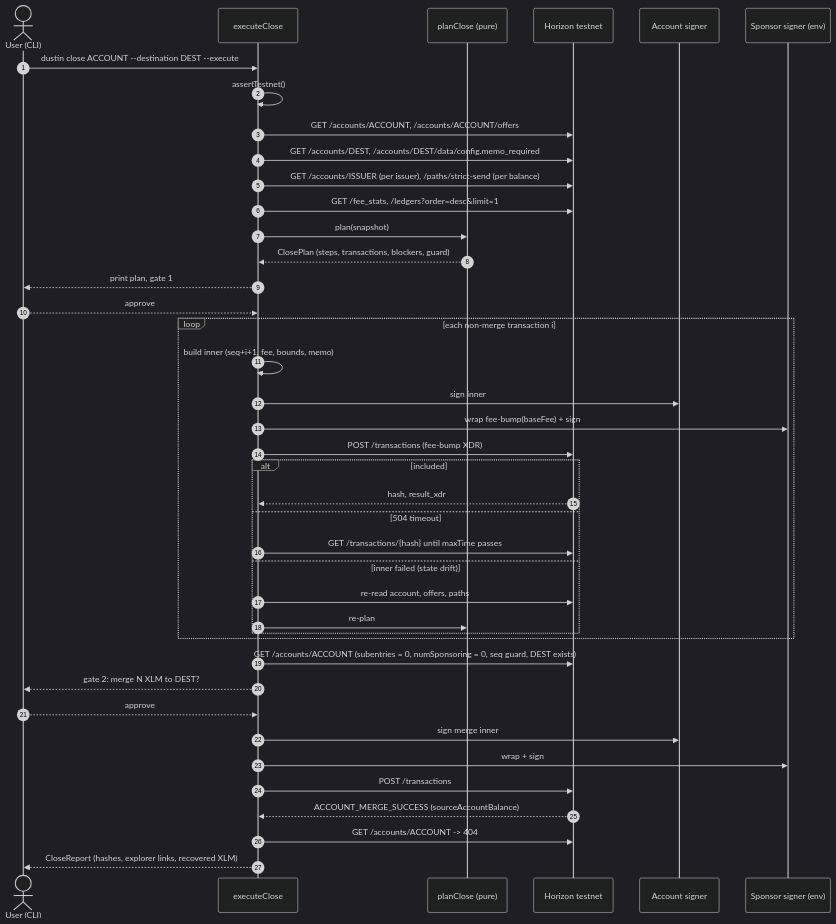
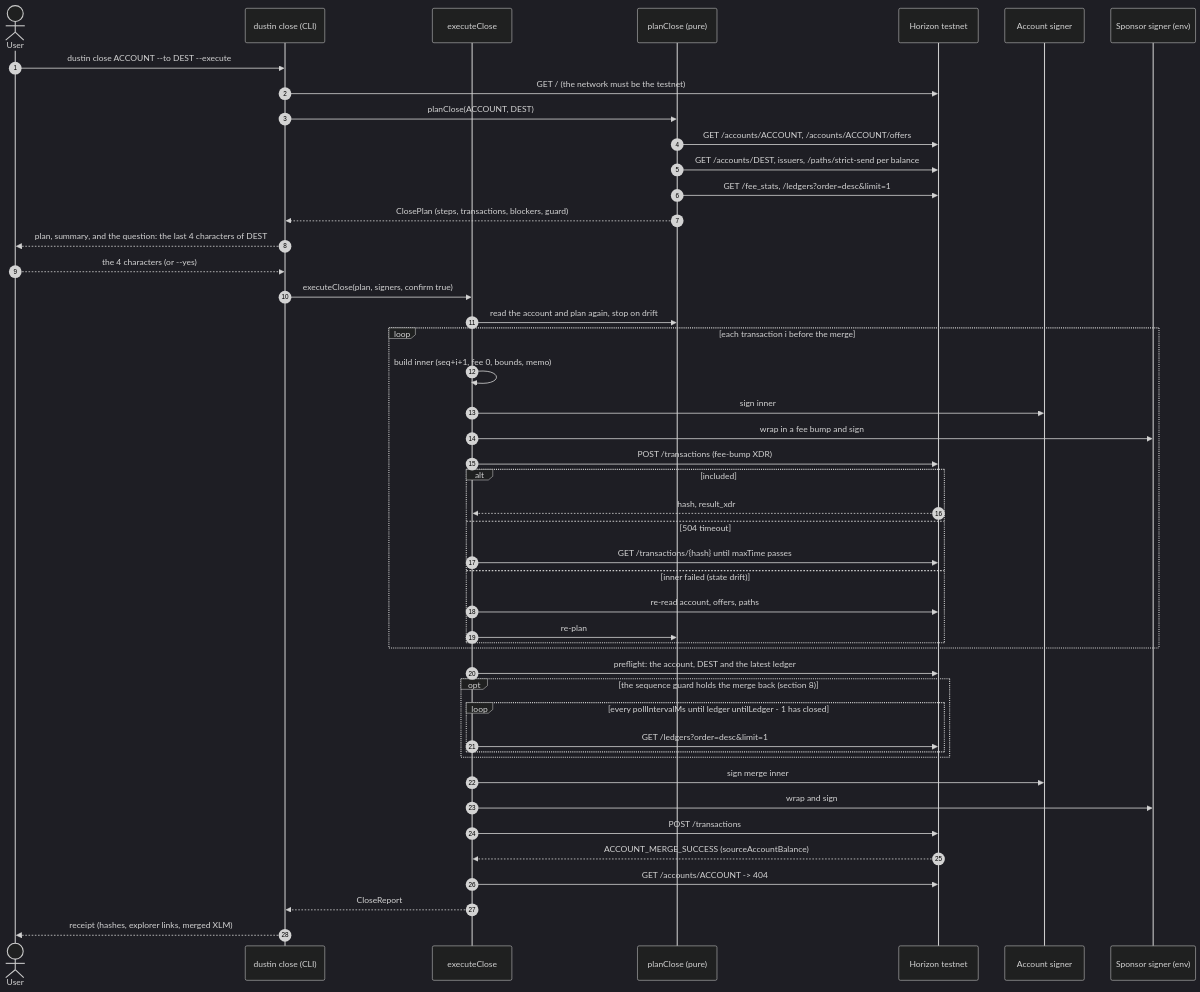
The third of 3 diagrams in docs/architecture.md (0xsimoneth/dustin), drawn with Mermaid (dark theme) before and after one commit. The commit also changed other lines of this file, not shown here.

Commit message:
Docs: architecture describes the one typed confirmation as built (sections 4.7, 4.9, 4.13 and 11: the last four characters of the destination before anything is signed, --yes, no second gate before the merge, no SDK approval callbacks), the commands as built, and the sub-stroop, own-offer and clawback wording of the closing review

````diff
--- a/docs/architecture.md
+++ b/docs/architecture.md
@@ -289,43 +290,49 @@
 ```mermaid
 sequenceDiagram
   autonumber
-  actor U as User (CLI)
+  actor U as User
+  participant C as dustin close (CLI)
   participant X as executeClose
   participant P as planClose (pure)
   participant H as Horizon testnet
   participant A as Account signer
   participant S as Sponsor signer (env)
-  U->>X: dustin close ACCOUNT --destination DEST --execute
-  X->>X: assertTestnet()
-  X->>H: GET /accounts/ACCOUNT, /accounts/ACCOUNT/offers
-  X->>H: GET /accounts/DEST, /accounts/DEST/data/config.memo_required
-  X->>H: GET /accounts/ISSUER (per issuer), /paths/strict-send (per balance)
-  X->>H: GET /fee_stats, /ledgers?order=desc&limit=1
-  X->>P: plan(snapshot)
-  P-->>X: ClosePlan (steps, transactions, blockers, guard)
-  X-->>U: print plan, gate 1
-  U-->>X: approve
-  loop each non-merge transaction i
-    X->>X: build inner (seq+i+1, fee, bounds, memo)
+  U->>C: dustin close ACCOUNT --to DEST --execute
+  C->>H: GET / (the network must be the testnet)
+  C->>P: planClose(ACCOUNT, DEST)
+  P->>H: GET /accounts/ACCOUNT, /accounts/ACCOUNT/offers
+  P->>H: GET /accounts/DEST, issuers, /paths/strict-send per balance
+  P->>H: GET /fee_stats, /ledgers?order=desc&limit=1
+  P-->>C: ClosePlan (steps, transactions, blockers, guard)
+  C-->>U: plan, summary, and the question: the last 4 characters of DEST
+  U-->>C: the 4 characters (or --yes)
+  C->>X: executeClose(plan, signers, confirm true)
+  X->>P: read the account and plan again, stop on drift
+  loop each transaction i before the merge
+    X->>X: build inner (seq+i+1, fee 0, bounds, memo)
     X->>A: sign inner
-    X->>S: wrap fee-bump(baseFee) + sign
+    X->>S: wrap in a fee bump and sign
     X->>H: POST /transactions (fee-bump XDR)
     alt included
       H-->>X: hash, result_xdr
     else 504 timeout
       X->>H: GET /transactions/{hash} until maxTime passes
     else inner failed (state drift)
       X->>H: re-read account, offers, paths
       X->>P: re-plan
     end
   end
-  X->>H: GET /accounts/ACCOUNT (subentries = 0, numSponsoring = 0, seq guard, DEST exists)
-  X-->>U: gate 2: merge N XLM to DEST?
-  U-->>X: approve
+  X->>H: preflight: the account, DEST and the latest ledger
+  opt the sequence guard holds the merge back (section 8)
+    loop every pollIntervalMs until ledger untilLedger - 1 has closed
+      X->>H: GET /ledgers?order=desc&limit=1
+    end
+  end
   X->>A: sign merge inner
-  X->>S: wrap + sign
+  X->>S: wrap and sign
   X->>H: POST /transactions
   H-->>X: ACCOUNT_MERGE_SUCCESS (sourceAccountBalance)
   X->>H: GET /accounts/ACCOUNT -> 404
-  X-->>U: CloseReport (hashes, explorer links, recovered XLM)
+  X-->>C: CloseReport
+  C-->>U: receipt (hashes, explorer links, merged XLM)
 ```
````
